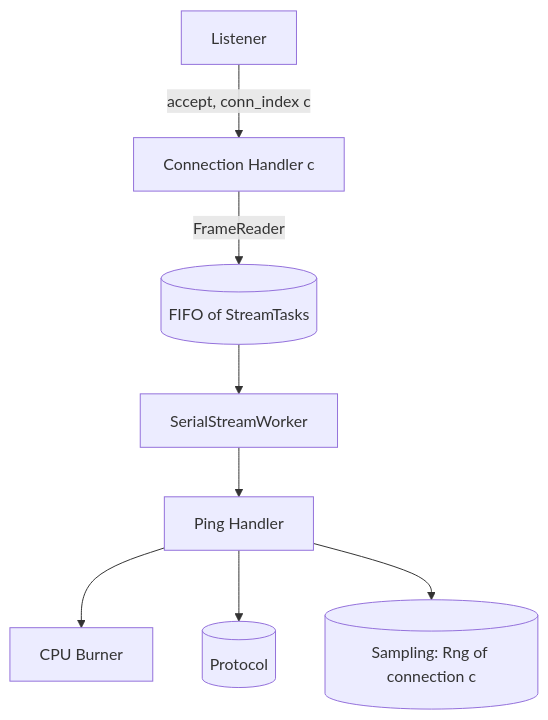
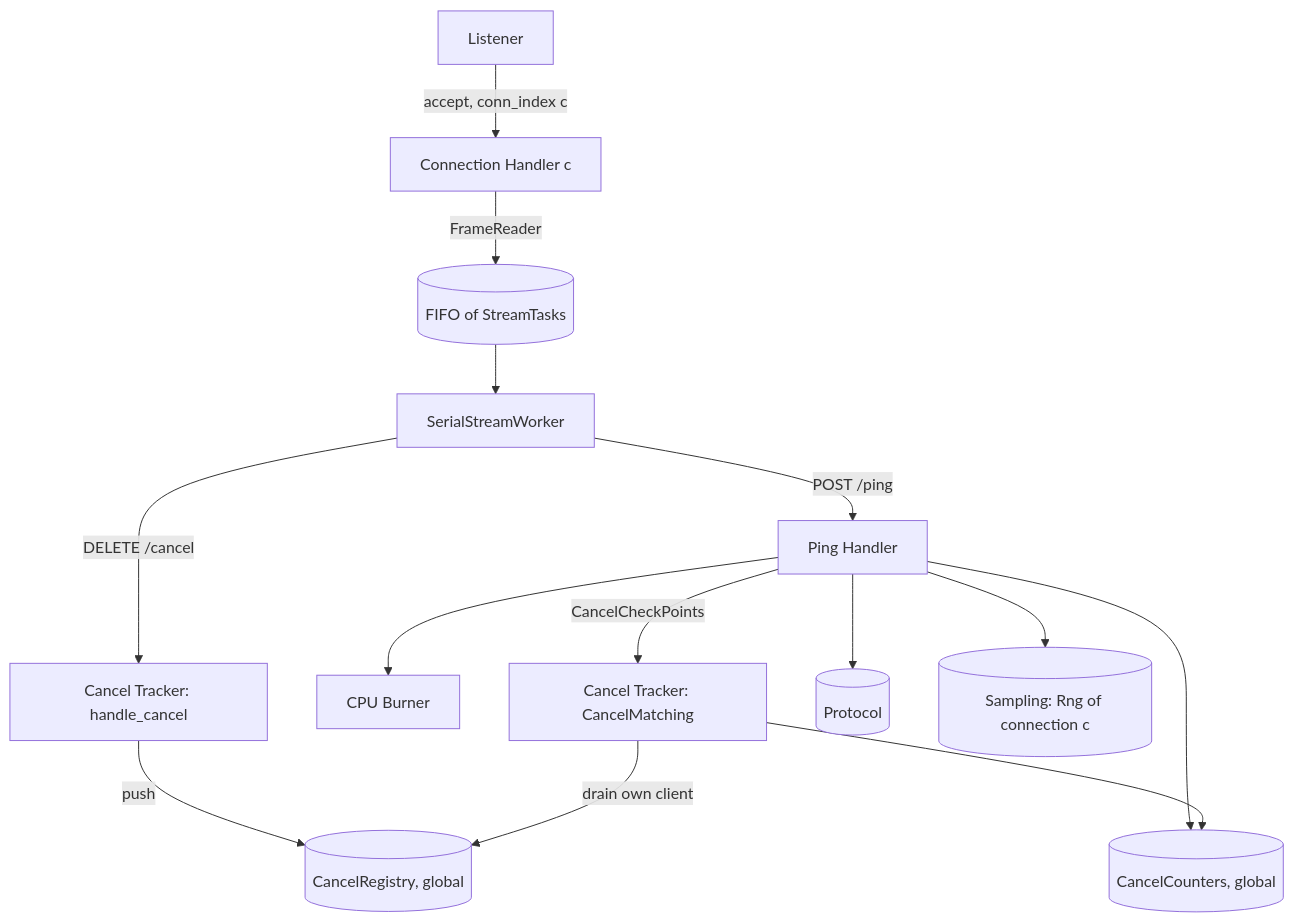
One commit to grapheo12/metastability-cancellation changed the diagram in abstraction/server/design.md. Above: the diagram before and after it, drawn with Mermaid. The commit also changed other lines of this file and 20 other files, not shown here.

First line of the commit message:
[spec] Server 0.2.0: /cancel endpoint and Cancel Tracker

````diff
--- a/abstraction/server/design.md
+++ b/abstraction/server/design.md
@@ -5,10 +5,16 @@
 ```mermaid
 flowchart TD
   L[Listener] -->|accept, conn_index c| CH[Connection Handler c]
   CH -->|FrameReader| Q[(FIFO of StreamTasks)]
   Q --> W[SerialStreamWorker]
-  W --> PH[Ping Handler]
+  W -->|POST /ping| PH[Ping Handler]
+  W -->|DELETE /cancel| HC[Cancel Tracker: handle_cancel]
   PH --> CB[CPU Burner]
+  PH -->|CancelCheckPoints| CM[Cancel Tracker: CancelMatching]
+  HC -->|push| R[(CancelRegistry, global)]
+  CM -->|drain own client| R
   PH --> P[(Protocol)]
   PH --> S[(Sampling: Rng of connection c)]
+  PH --> K[(CancelCounters, global)]
+  CM --> K
 ```
````
